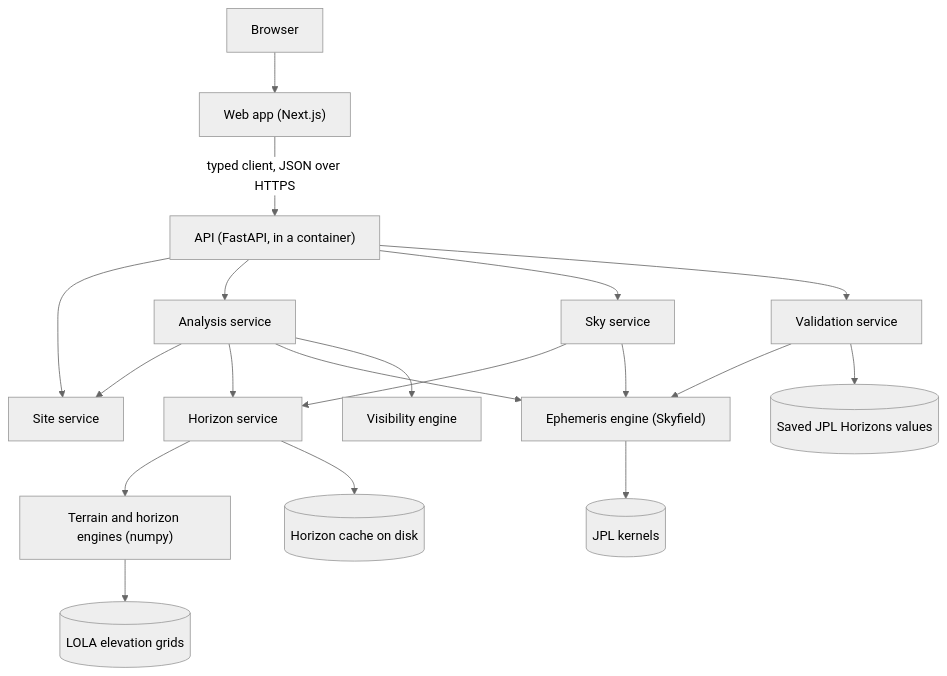
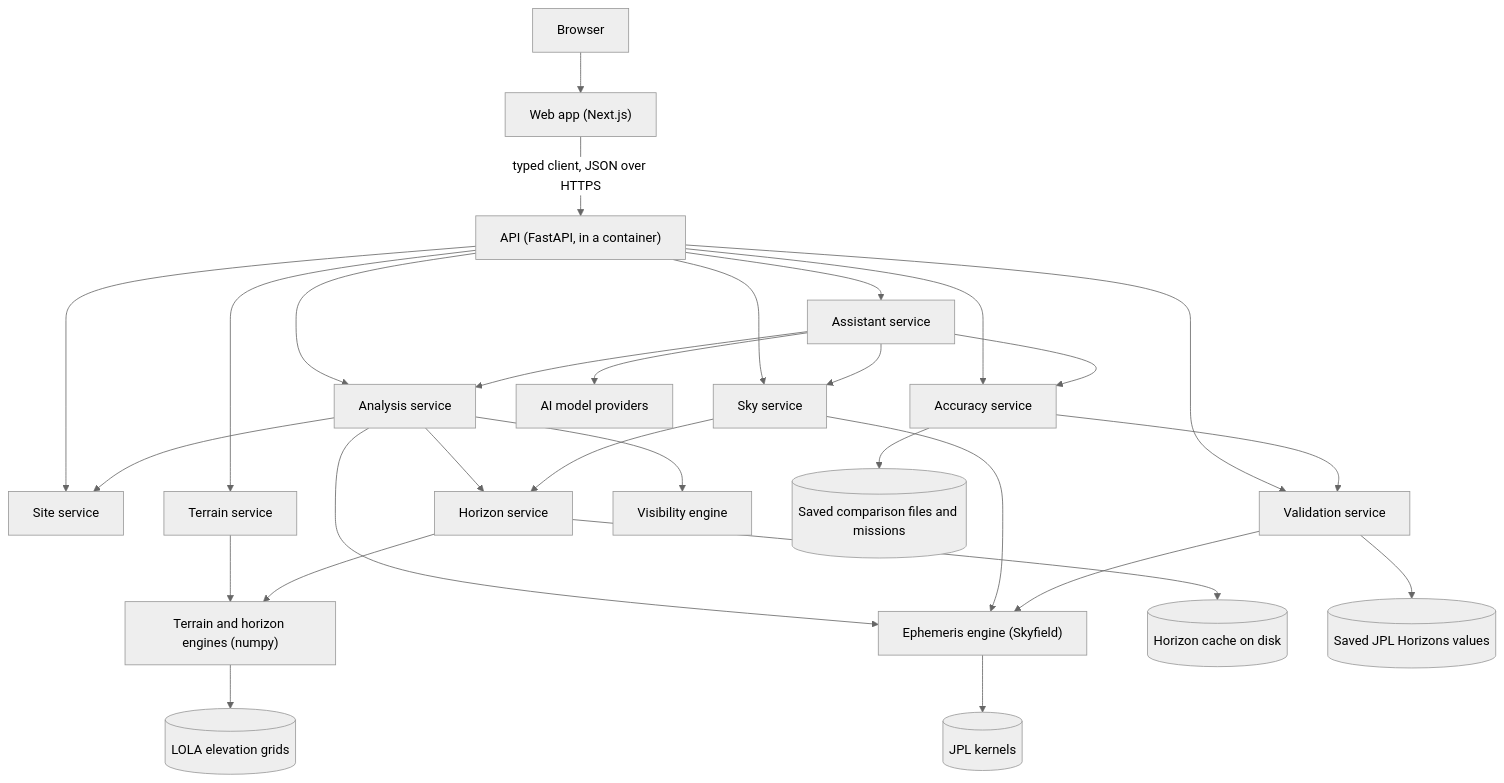
The diagram in docs/architecture/system-overview.md (itani-jr-404/moonmaps), drawn with Mermaid (neutral theme) before and after one commit. The commit also changed other lines of this file and 33 other files, not shown here.

````diff
--- a/docs/architecture/system-overview.md
+++ b/docs/architecture/system-overview.md
@@ -21,24 +21,34 @@
 ```mermaid
 flowchart TD
   U["Browser"] --> W["Web app (Next.js)"]
   W -->|"typed client, JSON over HTTPS"| A["API (FastAPI, in a container)"]
 
   A --> SI["Site service"]
   A --> AN["Analysis service"]
   A --> SK["Sky service"]
   A --> VA["Validation service"]
+  A --> TS["Terrain service"]
+  A --> AC["Accuracy service"]
+  A --> AS["Assistant service"]
 
   AN --> SI
   AN --> HS["Horizon service"]
   SK --> HS
   AN --> EE["Ephemeris engine (Skyfield)"]
   SK --> EE
   VA --> EE
+  AC --> VA
+  AS --> AN
+  AS --> SK
+  AS --> AC
+  AS --> LLM["AI model providers"]
+  TS --> HE
   AN --> VE["Visibility engine"]
   HS --> HE["Terrain and horizon engines (numpy)"]
 
   EE --> K[("JPL kernels")]
   HE --> G[("LOLA elevation grids")]
   HS --> C[("Horizon cache on disk")]
   VA --> R[("Saved JPL Horizons values")]
+  AC --> AF[("Saved comparison files and missions")]
 ```
````
